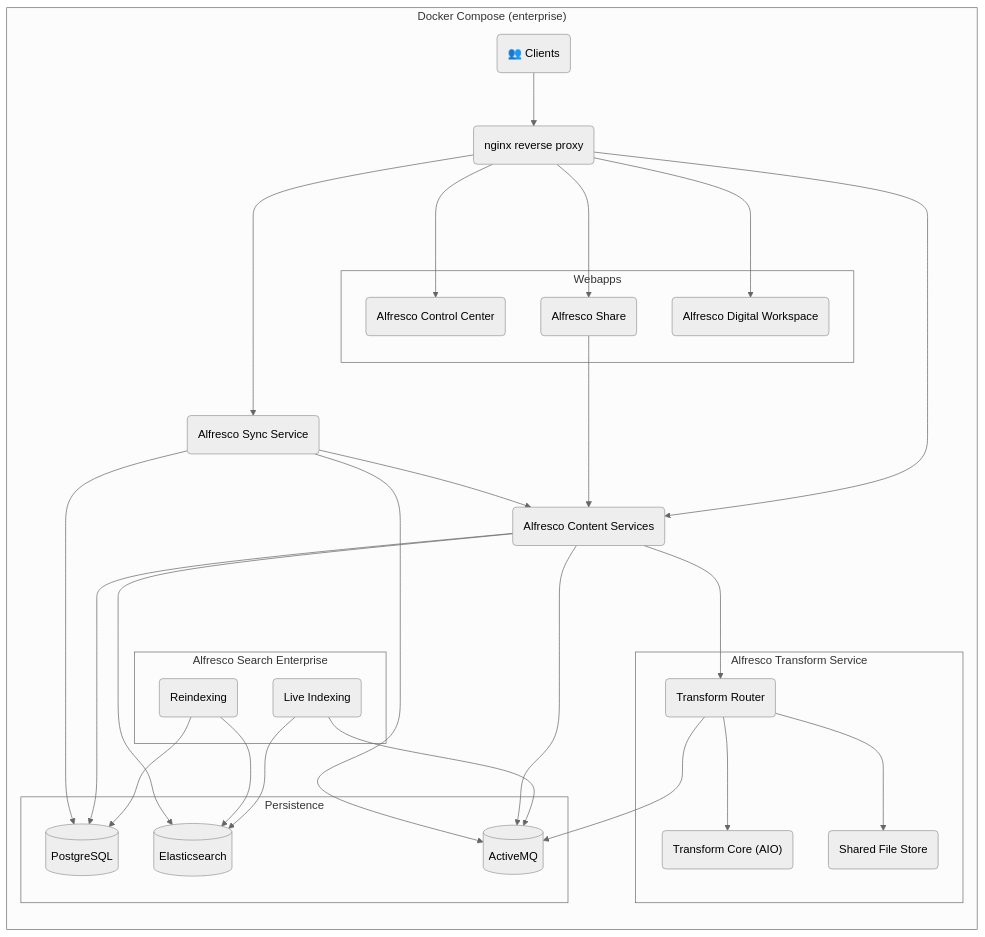
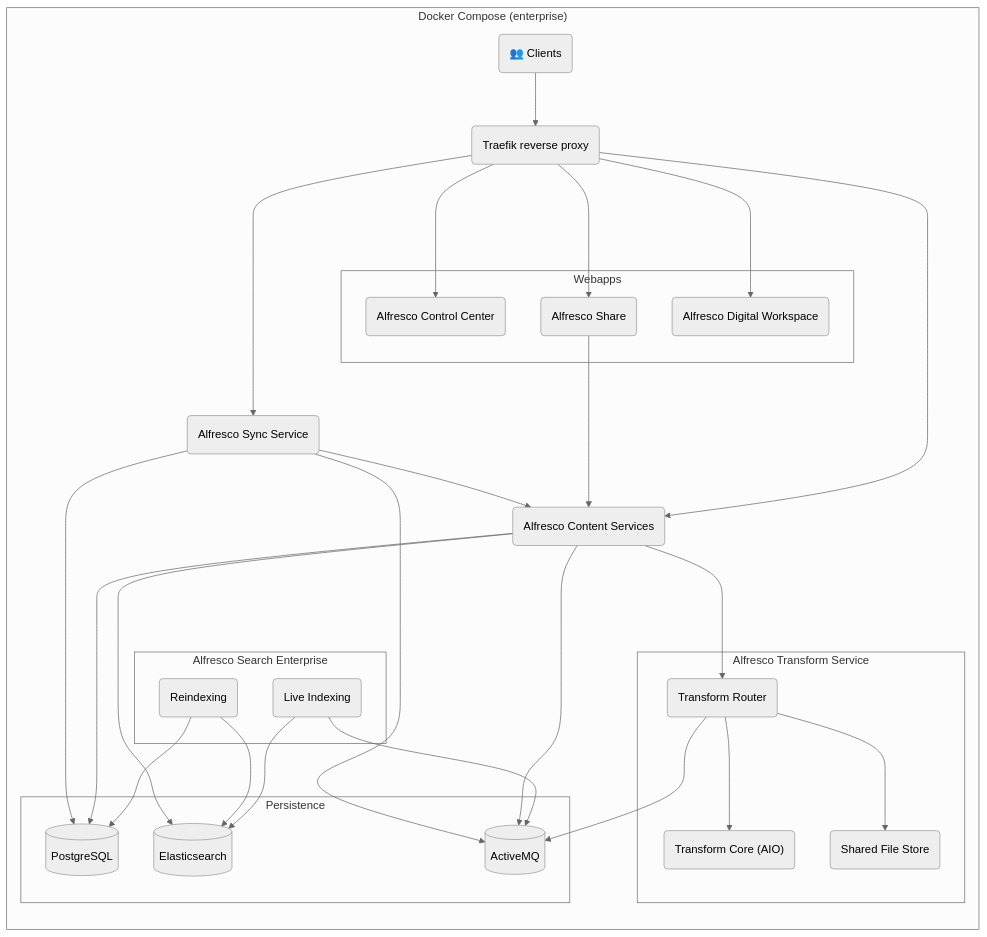
Before and after one commit to Alfresco/acs-deployment: the first of 2 diagrams in docs/docker-compose/README.md, drawn with Mermaid (neutral theme). The commit also changed other lines of this file and 1 other file, not shown here.

````diff
--- a/docs/docker-compose/README.md
+++ b/docs/docker-compose/README.md
@@ -13,62 +13,62 @@
 ```mermaid
 graph TB
 
 subgraph "Docker Compose (enterprise)"
   direction TB
   Client("👥 Clients")
-  proxy("nginx reverse proxy")
+  proxy("Traefik reverse proxy")
   acs("Alfresco Content Services")
   sync("Alfresco Sync Service")
 
   subgraph "Alfresco Transform Service"
     trouter("Transform Router")
     sfs("Shared File Store")
     tcore("Transform Core (AIO)")
   end
 
   subgraph "Alfresco Search Enterprise"
     aser("Reindexing")
     ase("Live Indexing")
   end
 
   subgraph "Webapps"
     acc("Alfresco Control Center")
     adw("Alfresco Digital Workspace")
     share("Alfresco Share")
   end
 
   subgraph "Persistence"
     pg[("PostgreSQL")]
     es[("Elasticsearch")]
     amq[("ActiveMQ")]
   end
 end
 
 Client --> proxy
 
 proxy --> acc
 proxy --> share
 proxy ---> adw
 proxy ---> acs
 proxy ----> sync
 
 ase --> es
 ase --> amq
 aser --> pg
 aser --> es
 
 acs ---> es
 acs ---> pg
 acs ---> amq
 acs ---> trouter
 
 trouter --> tcore
 trouter --> sfs
 trouter --> amq
 
 share --> acs
 
 sync --> acs
 sync --> pg
 sync --> amq
 ```
````
